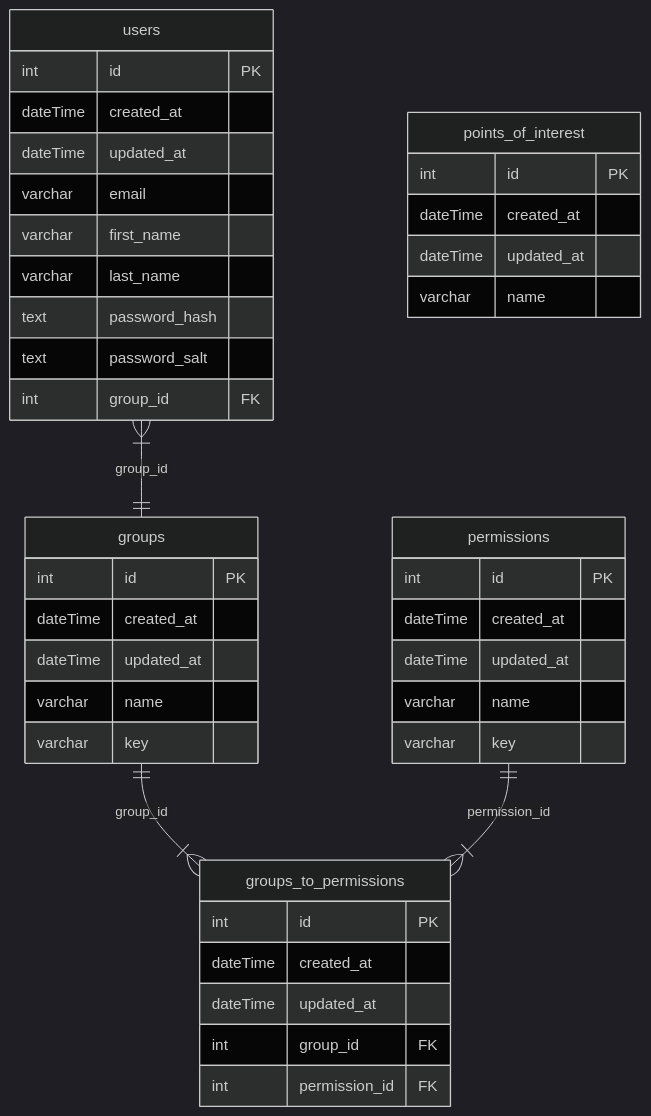
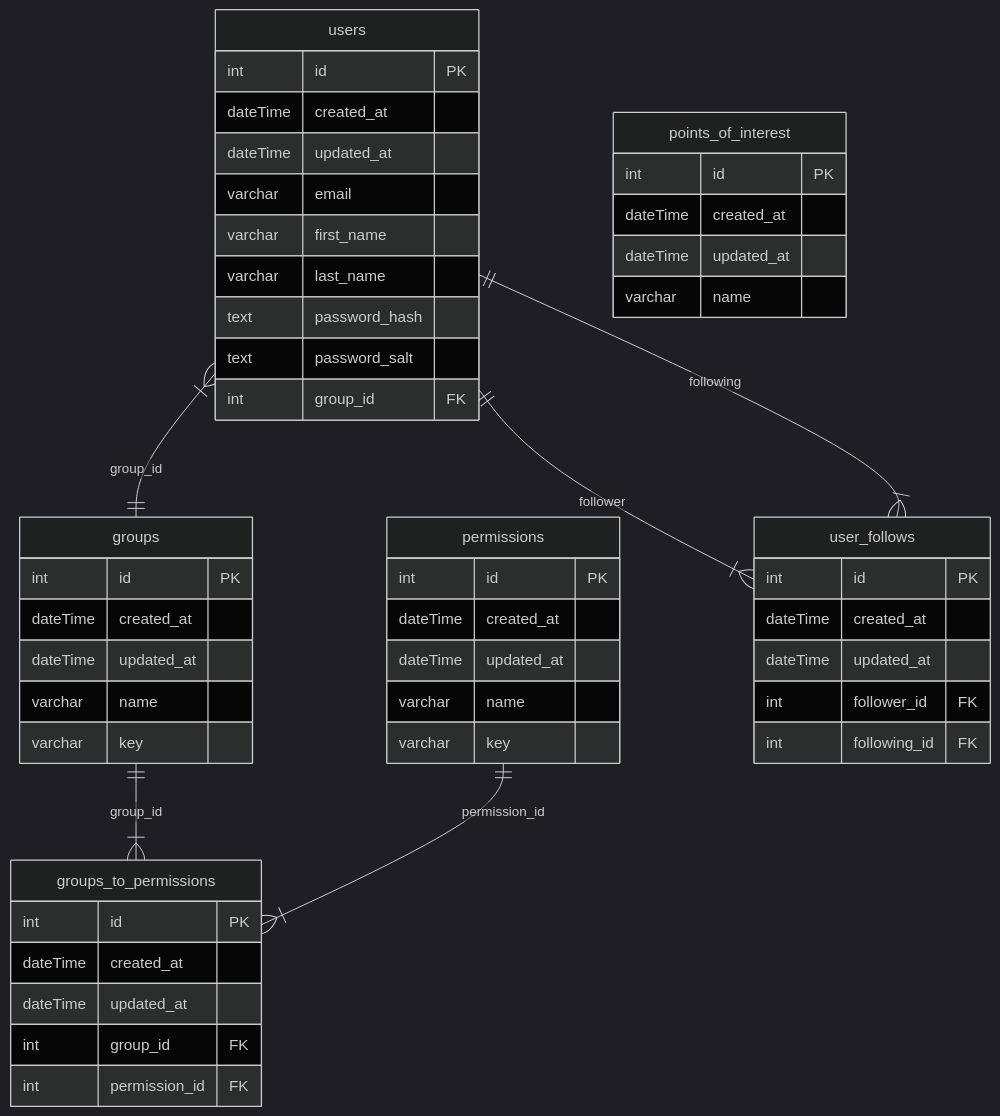
Before and after one commit to h4vefundieyoung/smartscapes: the diagram in readme.md, drawn with Mermaid (dark theme).

Commit message:
docs(root): update ER diagram after adding user_follows table ss-72

````diff
--- a/readme.md
+++ b/readme.md
@@ -30,50 +30,60 @@
 ```mermaid
 erDiagram
 
   users {
     int id PK
     dateTime created_at
     dateTime updated_at
     varchar email
     varchar first_name
     varchar last_name
     text password_hash
     text password_salt
     int group_id FK
   }
 
   groups {
     int id PK
     dateTime created_at
     dateTime updated_at
     varchar name
     varchar key
   }
 
  groups_to_permissions {
       int id PK
       dateTime created_at
       dateTime updated_at
       int group_id FK
       int permission_id FK
   }
 
   permissions {
       int id PK
       dateTime created_at
       dateTime updated_at
       varchar name
       varchar key
   }
 
   points_of_interest {
     int id PK
     dateTime created_at
     dateTime updated_at
     varchar name
   }
 
+  user_follows {
+    int id PK
+    dateTime created_at
+    dateTime updated_at
+    int follower_id FK
+    int following_id FK
+  }
+
   users }|--|| groups : group_id
   groups ||--|{ groups_to_permissions : group_id
   permissions ||--|{ groups_to_permissions : permission_id
+  users ||--|{ user_follows : follower
+  users ||--|{ user_follows : following
 ```
````
